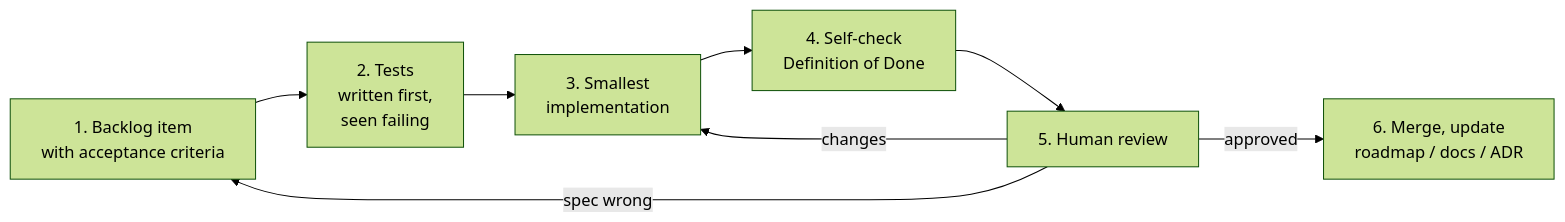
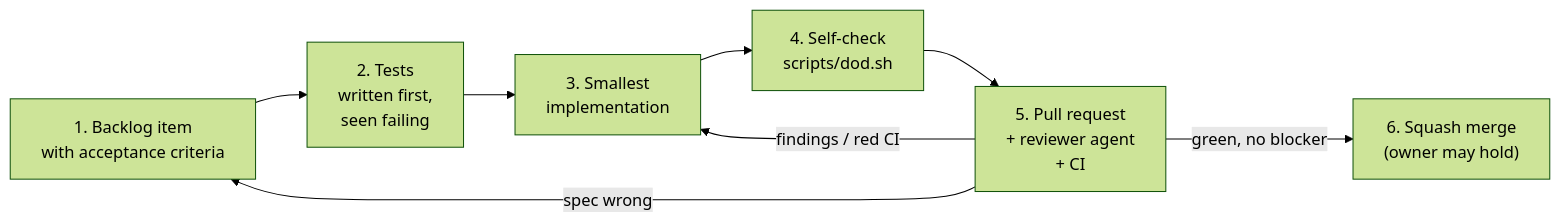
Before and after one commit to Tomek52/legacy-cartographer: the diagram in docs/ai-workflow.md, drawn with Mermaid (forest theme). The commit also changed other lines of this file and 17 other files, not shown here.

First line of the commit message:
chore: adopt a pull-request flow with agent review (#1)

````diff
--- a/docs/ai-workflow.md
+++ b/docs/ai-workflow.md
@@ -27,10 +27,10 @@
 ```mermaid
 flowchart LR
     A["1. Backlog item<br/>with acceptance criteria"] --> B["2. Tests<br/>written first,<br/>seen failing"]
     B --> C["3. Smallest<br/>implementation"]
-    C --> D["4. Self-check<br/>Definition of Done"]
-    D --> E["5. Human review"]
-    E -- changes --> C
-    E -- spec wrong --> A
-    E -- approved --> F["6. Merge, update<br/>roadmap / docs / ADR"]
+    C --> D["4. Self-check<br/>scripts/dod.sh"]
+    D --> P["5. Pull request<br/>+ reviewer agent<br/>+ CI"]
+    P -- findings / red CI --> C
+    P -- spec wrong --> A
+    P -- green, no blocker --> F["6. Squash merge<br/>(owner may hold)"]
 ```
````
